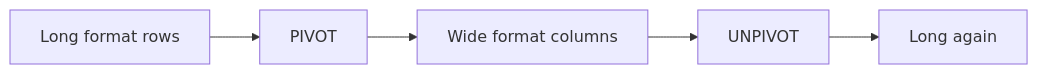
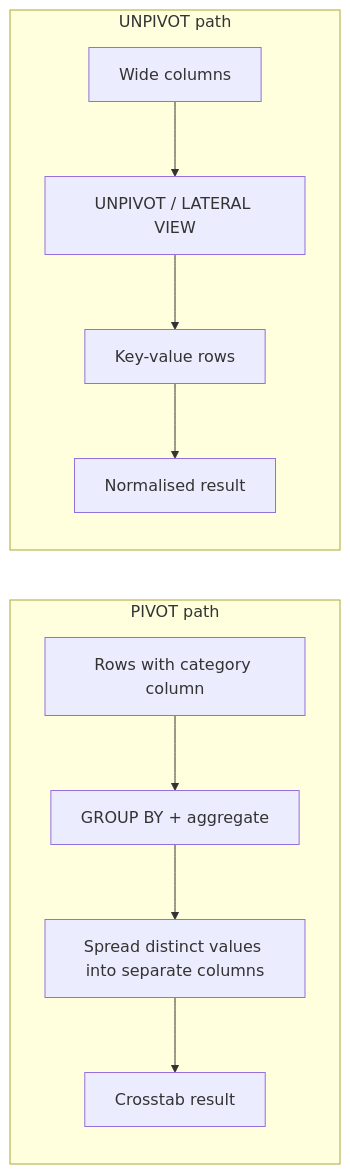
The diagram in spark-sql/docs/patterns/application/transformation/pivot/index.md (mahfooziiitian/spark-batch), drawn with Mermaid before and after one commit. The commit also changed other lines of this file and 130 other files, not shown here.

````diff
--- a/spark-sql/docs/patterns/application/transformation/pivot/index.md
+++ b/spark-sql/docs/patterns/application/transformation/pivot/index.md
@@ -9,7 +9,14 @@
 ```mermaid
-graph LR
-    A[Long format rows] --> B[PIVOT]
-    B --> C[Wide format columns]
-    C --> D[UNPIVOT]
-    D --> E[Long again]
+flowchart LR
+    subgraph P1["PIVOT path"]
+        A["Rows with category column"] --> B["GROUP BY + aggregate"]
+        B --> C["Spread distinct values into separate columns"]
+        C --> D["Crosstab result"]
+    end
+
+    subgraph P2["UNPIVOT path"]
+        E["Wide columns"] --> F["UNPIVOT / LATERAL VIEW"]
+        F --> G["Key-value rows"]
+        G --> H["Normalised result"]
+    end
 ```
````
